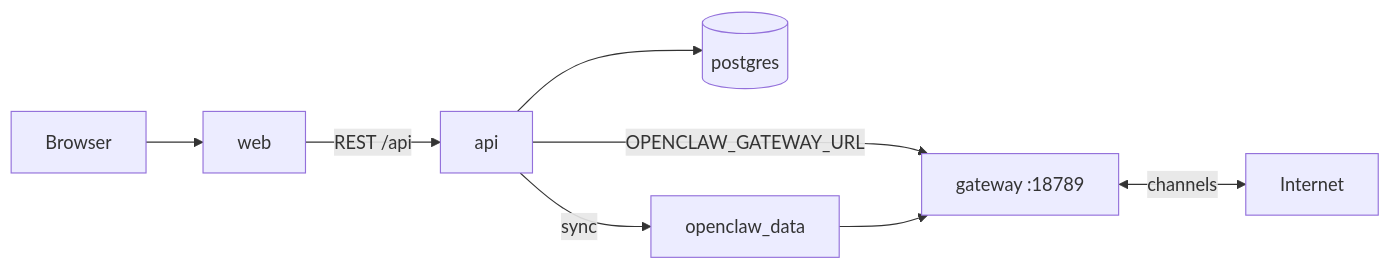
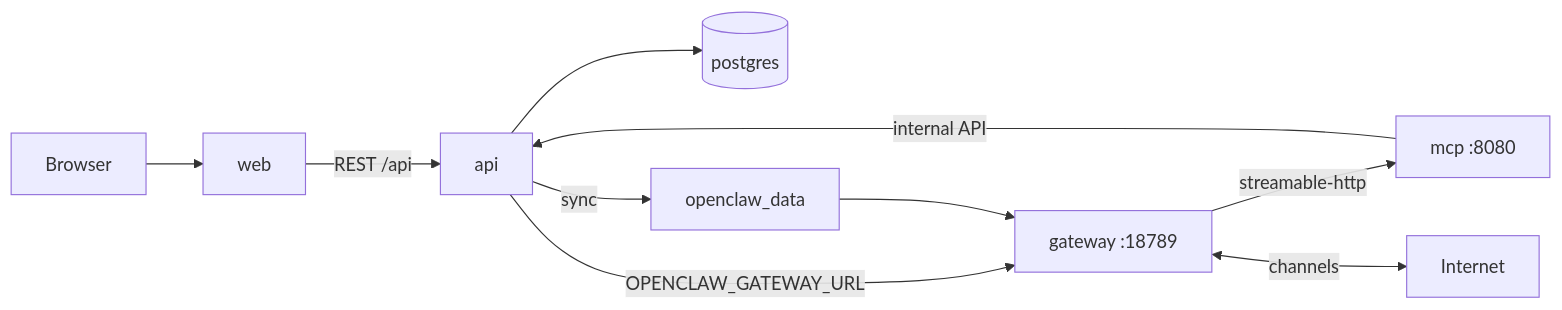
Before and after one commit to mankhb2k/claw-dashboard: the first of 7 diagrams in aucobot/docs/monorepoplan.md, drawn with Mermaid. The commit also changed other lines of this file and 97 other files, not shown here.

````diff
--- a/aucobot/docs/monorepoplan.md
+++ b/aucobot/docs/monorepoplan.md
@@ -42,10 +43,12 @@
 ```mermaid
 flowchart LR
     U[Browser] --> WEB[web]
     WEB -->|REST /api| API[api]
     API --> DB[(postgres)]
     API -->|sync| VOL[openclaw_data]
     API -->|OPENCLAW_GATEWAY_URL| GW[gateway :18789]
     VOL --> GW
+    GW -->|streamable-http| MCP[mcp :8080]
+    MCP -->|internal API| API
     GW <-->|channels| EXT[Internet]
 ```
````
